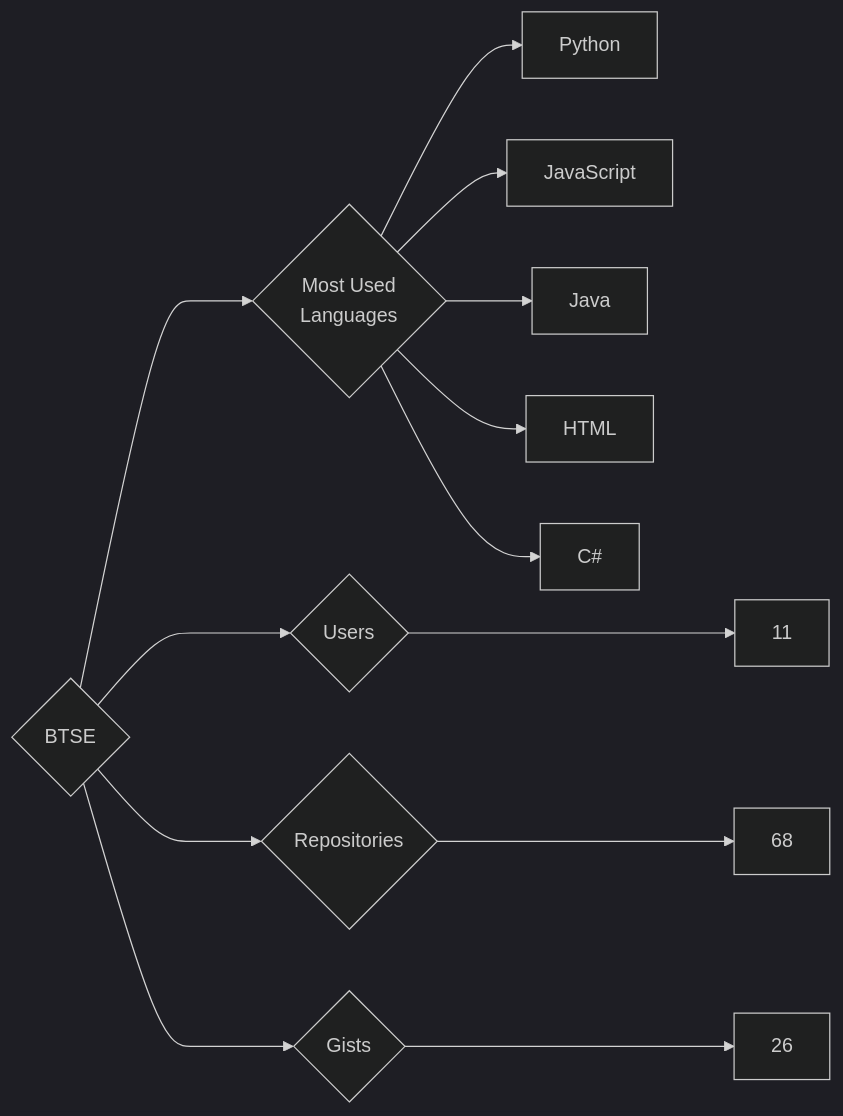
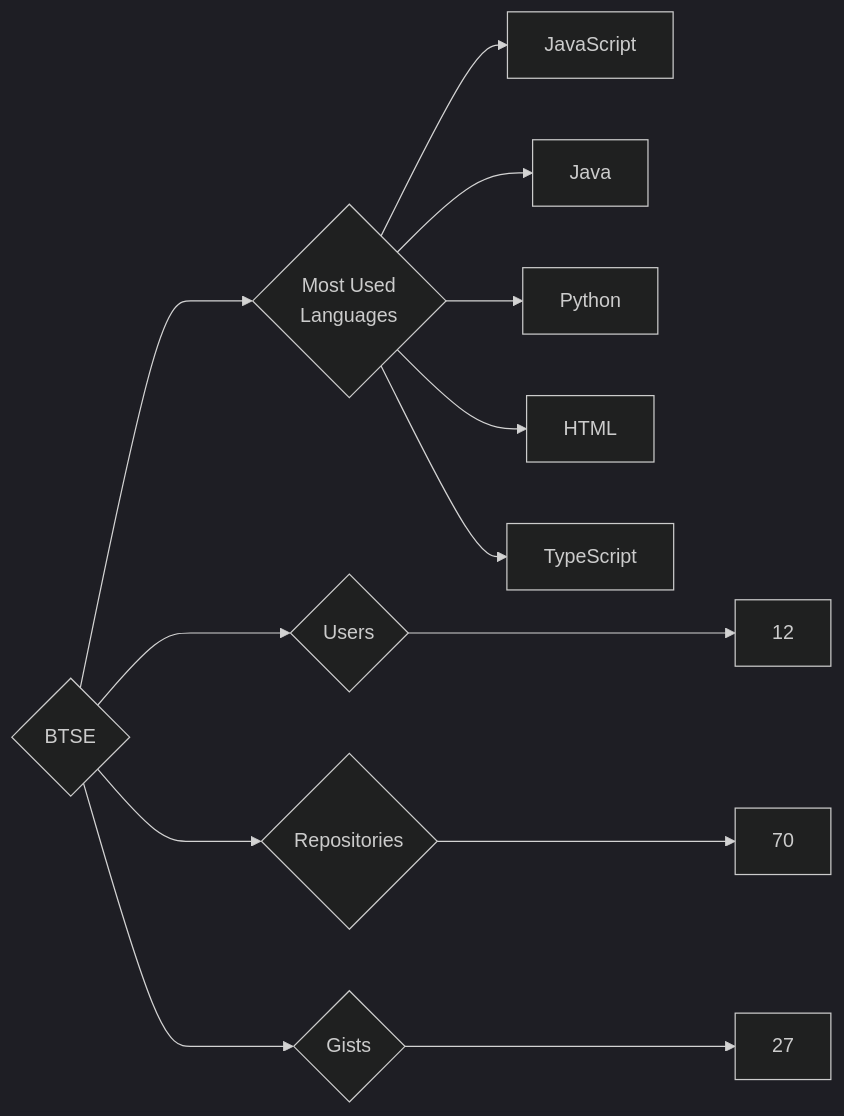
Before and after one commit to trickest/insiders: the diagram in targets/BTSE/README.md, drawn with Mermaid (dark theme). The commit also changed 1141 other files, not shown here.

````diff
--- a/targets/BTSE/README.md
+++ b/targets/BTSE/README.md
@@ -3,13 +3,13 @@
 ```mermaid
 graph LR
 COMPANY_NAME{BTSE}
-COMPANY_NAME ---> U{Users} ---> UN[11]
-COMPANY_NAME ---> R{Repositories} ---> RN[68]
-COMPANY_NAME ---> G{Gists} ---> GN[26]
+COMPANY_NAME ---> U{Users} ---> UN[12]
+COMPANY_NAME ---> R{Repositories} ---> RN[70]
+COMPANY_NAME ---> G{Gists} ---> GN[27]
 COMPANY_NAME ---> ML{Most Used<br>Languages}
-ML --> Python[Python]
 ML --> JavaScript[JavaScript]
 ML --> Java[Java]
+ML --> Python[Python]
 ML --> HTML[HTML]
-ML --> C#[C#]
+ML --> TypeScript[TypeScript]
 ```
````
